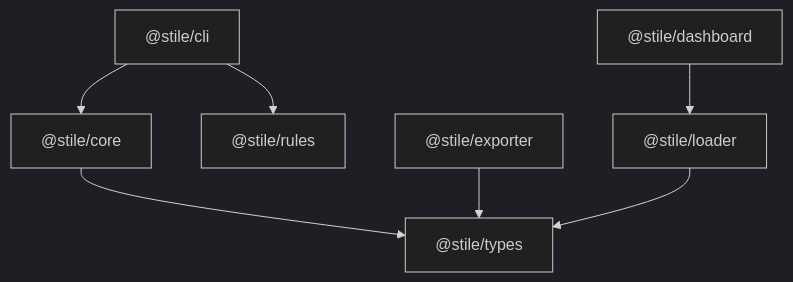
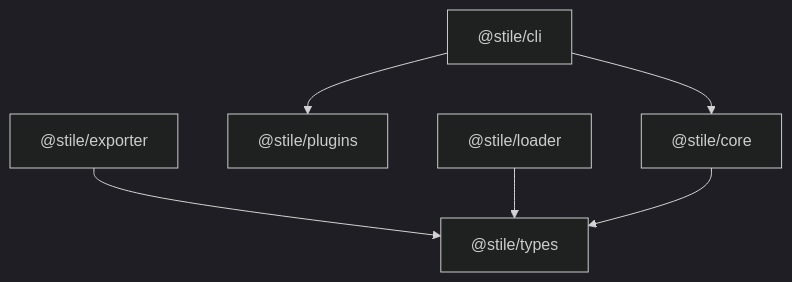
One commit to satyamyadav/stile changed the second of 3 diagrams in TRD.md. Above: the diagram before and after it, drawn with Mermaid (dark theme). The commit also changed other lines of this file and 24 other files, not shown here.

````diff
--- a/TRD.md
+++ b/TRD.md
@@ -106,9 +87,8 @@
 ```mermaid
 graph TD
   CLI["@stile/cli"] --> CORE["@stile/core"]
-  CLI --> RULES["@stile/rules"]
+  CLI --> PLUG["@stile/plugins"]
   EXPORT["@stile/exporter"] --> TYPES["@stile/types"]
   LOAD["@stile/loader"] --> TYPES
-  DASH["@stile/dashboard"] --> LOAD
   CORE --> TYPES
 ```
````
